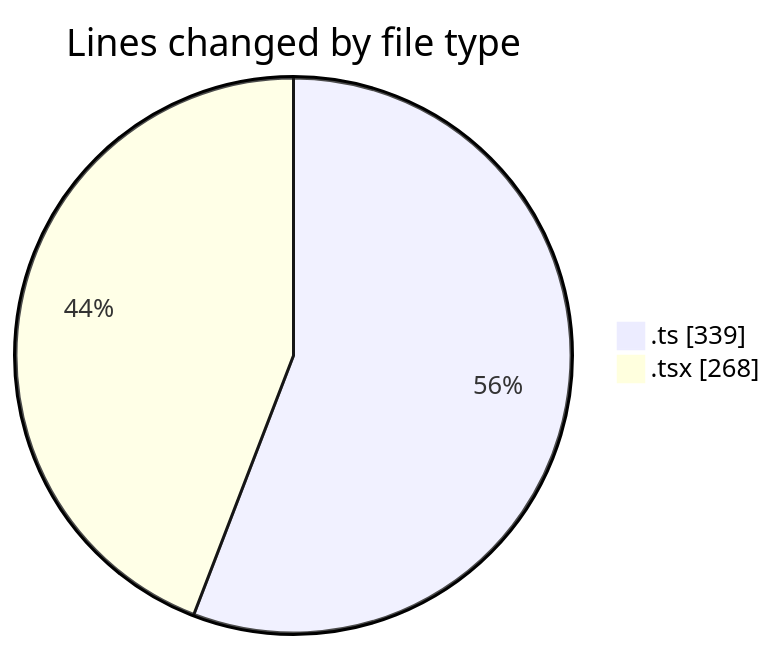
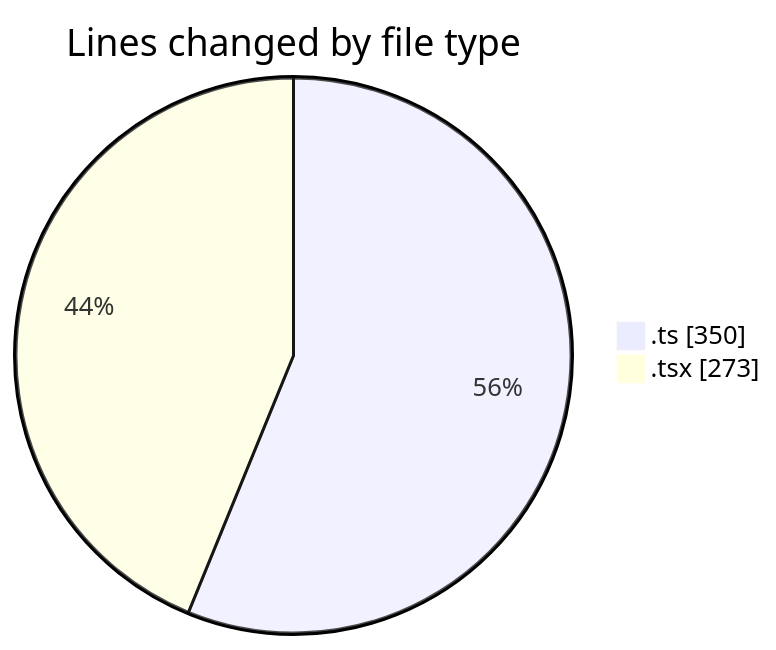
One commit to momahboobian/code-tracking changed the first of 2 diagrams in 2025-09-02/cda/README.md. Above: the diagram before and after it, drawn with Mermaid. The commit also changed other lines of this file and 1 other file, not shown here.

````diff
--- a/2025-09-02/cda/README.md
+++ b/2025-09-02/cda/README.md
@@ -23,6 +23,6 @@
 ```mermaid
 pie showData
 title Lines changed by file type
-".ts" : 339
-".tsx" : 268
+".ts" : 350
+".tsx" : 273
 ```
````
